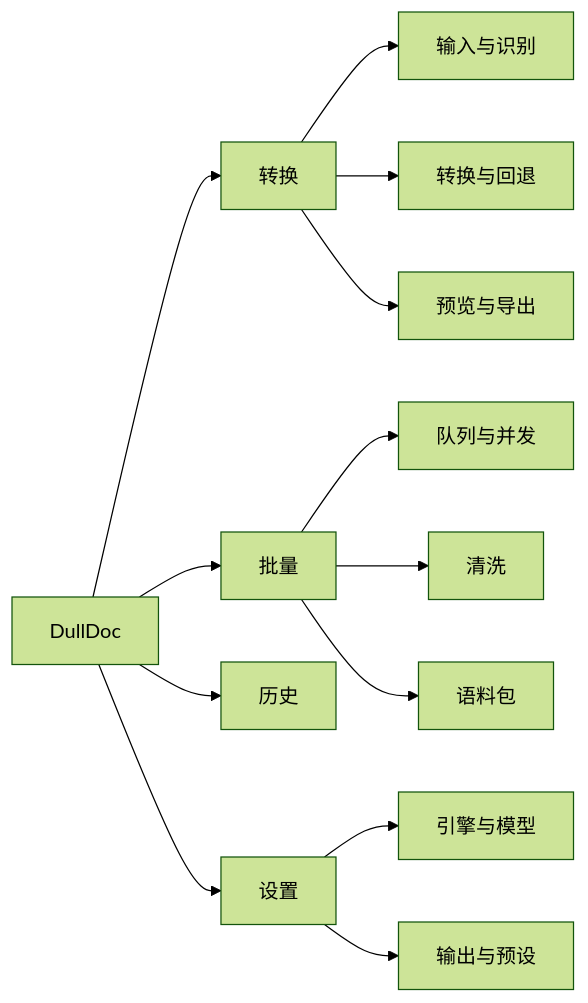
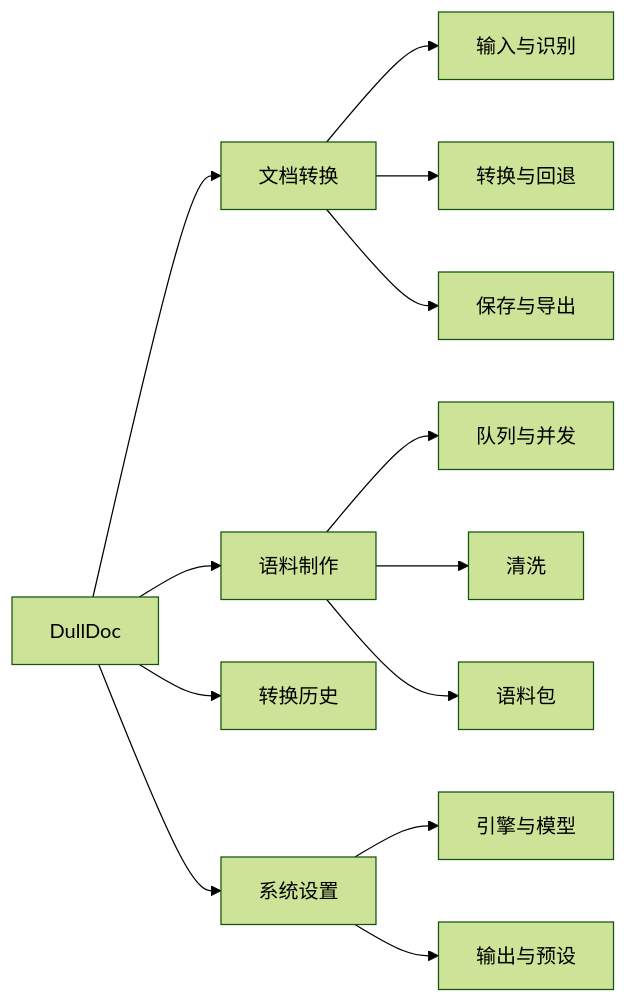
The first of 21 diagrams in docs/superpowers/软件功能设计说明.md (987763485/ManoDoc), drawn with Mermaid (forest theme) before and after one commit. The commit also changed other lines of this file and 25 other files, not shown here.

````diff
--- a/docs/superpowers/软件功能设计说明.md
+++ b/docs/superpowers/软件功能设计说明.md
@@ -54,16 +54,16 @@
 ```mermaid
 flowchart LR
   App["DullDoc"]
-  App --> Convert["转换"]
-  App --> Batch["批量"]
-  App --> History["历史"]
-  App --> Settings["设置"]
+  App --> Convert["文档转换"]
+  App --> Batch["语料制作"]
+  App --> History["转换历史"]
+  App --> Settings["系统设置"]
   Convert --> Input["输入与识别"]
   Convert --> Engine["转换与回退"]
-  Convert --> Preview["预览与导出"]
+  Convert --> Output["保存与导出"]
   Batch --> Queue["队列与并发"]
   Batch --> Clean["清洗"]
   Batch --> Corpus["语料包"]
   Settings --> EngineCfg["引擎与模型"]
   Settings --> OutputCfg["输出与预设"]
 ```
````
